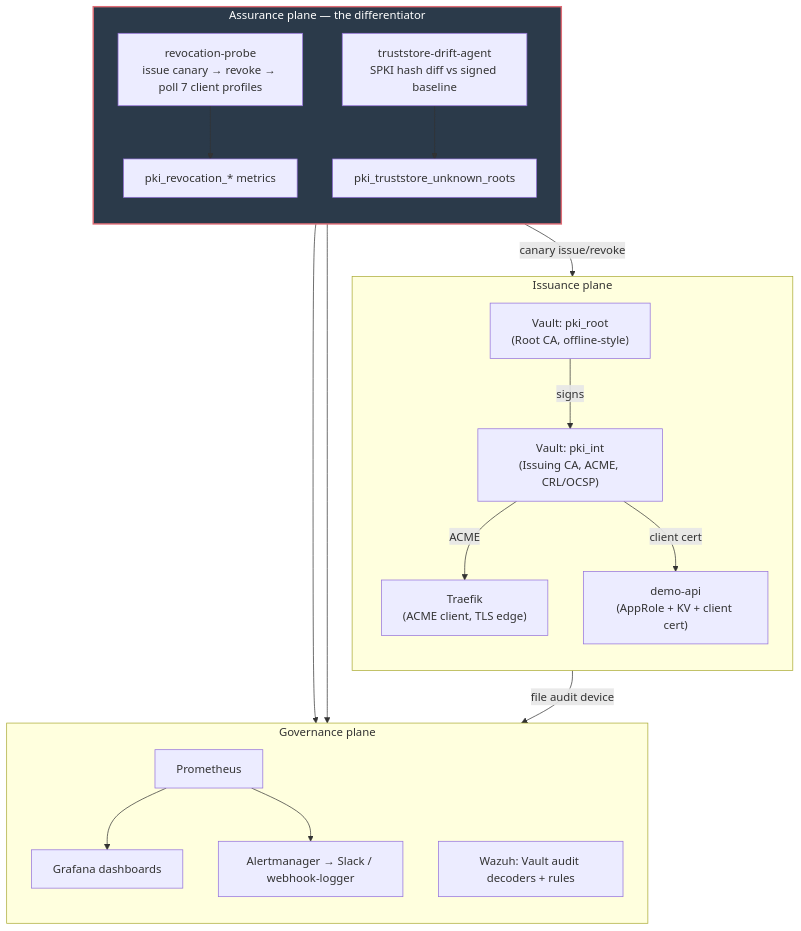
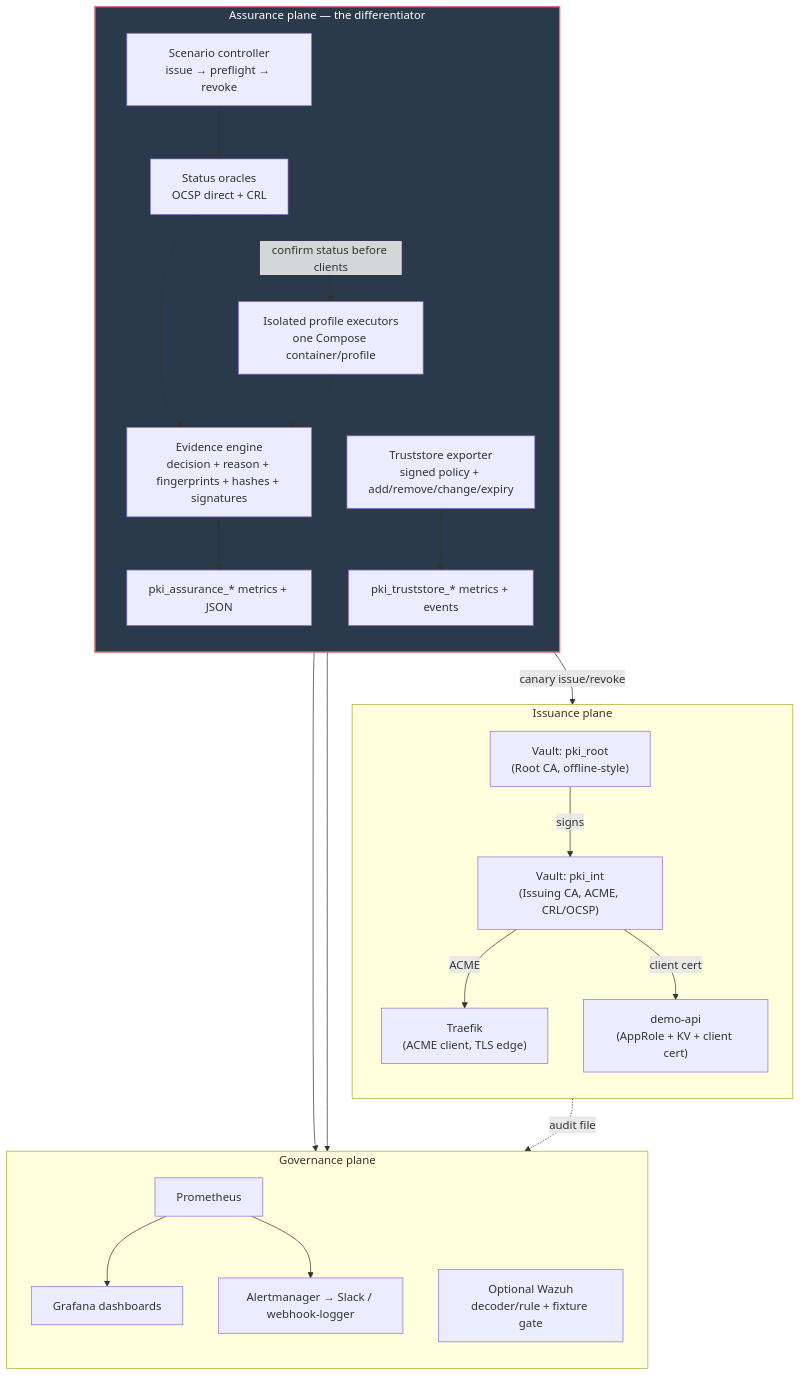
One commit to ahpxna/pki-sentinel changed the diagram in docs/architecture.md. Above: the diagram before and after it, drawn with Mermaid. The commit also changed other lines of this file and 78 other files, not shown here.

````diff
--- a/docs/architecture.md
+++ b/docs/architecture.md
@@ -12,37 +12,44 @@
 ```mermaid
 flowchart TB
   subgraph Issuance["Issuance plane"]
     direction TB
     RootCA["Vault: pki_root<br/>(Root CA, offline-style)"]
     IntCA["Vault: pki_int<br/>(Issuing CA, ACME, CRL/OCSP)"]
     Traefik["Traefik<br/>(ACME client, TLS edge)"]
     DemoAPI["demo-api<br/>(AppRole + KV + client cert)"]
     RootCA -->|signs| IntCA
     IntCA -->|ACME| Traefik
     IntCA -->|client cert| DemoAPI
   end
 
   subgraph Assurance["Assurance plane — the differentiator"]
     direction TB
-    Probe["revocation-probe<br/>issue canary → revoke → poll 7 client profiles"]
-    Drift["truststore-drift-agent<br/>SPKI hash diff vs signed baseline"]
-    Probe -->|canary issue/revoke| IntCA
-    Probe --> Metrics1["pki_revocation_* metrics"]
-    Drift --> Metrics2["pki_truststore_unknown_roots"]
+    Controller["Scenario controller<br/>issue → preflight → revoke"]
+    Oracle["Status oracles<br/>OCSP direct + CRL"]
+    Clients["Isolated profile executors<br/>one Compose container/profile"]
+    Evidence["Evidence engine<br/>decision + reason + fingerprints + hashes + signatures"]
+    Drift["Truststore exporter<br/>signed policy + add/remove/change/expiry"]
+    Controller -->|canary issue/revoke| IntCA
+    Controller --> Oracle
+    Oracle -->|confirm status before clients| Clients
+    Oracle --> Evidence
+    Clients --> Evidence
+    Evidence --> Metrics1["pki_assurance_* metrics + JSON"]
+    Drift --> Metrics2["pki_truststore_* metrics + events"]
   end
 
   subgraph Governance["Governance plane"]
     direction TB
     Prom["Prometheus"]
     Grafana["Grafana dashboards"]
     Alertmanager["Alertmanager → Slack / webhook-logger"]
-    Wazuh["Wazuh: Vault audit decoders + rules"]
+    Wazuh["Optional Wazuh<br/>decoder/rule + fixture gate"]
     Metrics1 --> Prom
     Metrics2 --> Prom
     Prom --> Grafana
     Prom --> Alertmanager
-    IntCA -->|file audit device| Wazuh
+    IntCA -.->|audit file| Wazuh
   end
 
   style Assurance fill:#2b3a4a,stroke:#e06c75,stroke-width:2px,color:#fff
 ```
````
